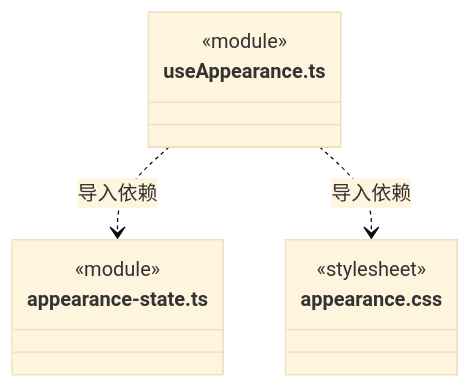
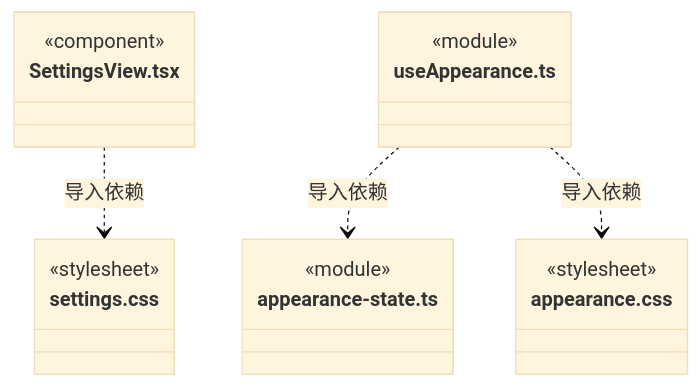
One commit to nan023062/cbim changed diagram 33 of 34 in src/view/settings/ARCHITECTURE.md. Above: the diagram before and after it, drawn with Mermaid (base theme). The commit also changed other lines of this file and 8 other files, not shown here.

````diff
--- a/src/view/settings/ARCHITECTURE.md
+++ b/src/view/settings/ARCHITECTURE.md
@@ -521,14 +537,21 @@
 ```mermaid
 classDiagram
+class N_src_view_settings_SettingsView_tsx["SettingsView.tsx"] {
+  <<component>>
+}
+class N_src_view_settings_settings_css["settings.css"] {
+  <<stylesheet>>
+}
 class N_src_view_settings_useAppearance_ts["useAppearance.ts"] {
   <<module>>
 }
 class N_src_view_settings_appearance_state_ts["appearance-state.ts"] {
   <<module>>
 }
 class N_src_view_settings_appearance_css["appearance.css"] {
   <<stylesheet>>
 }
+N_src_view_settings_SettingsView_tsx ..> N_src_view_settings_settings_css : 导入依赖
 N_src_view_settings_useAppearance_ts ..> N_src_view_settings_appearance_state_ts : 导入依赖
 N_src_view_settings_useAppearance_ts ..> N_src_view_settings_appearance_css : 导入依赖
 ```
````
